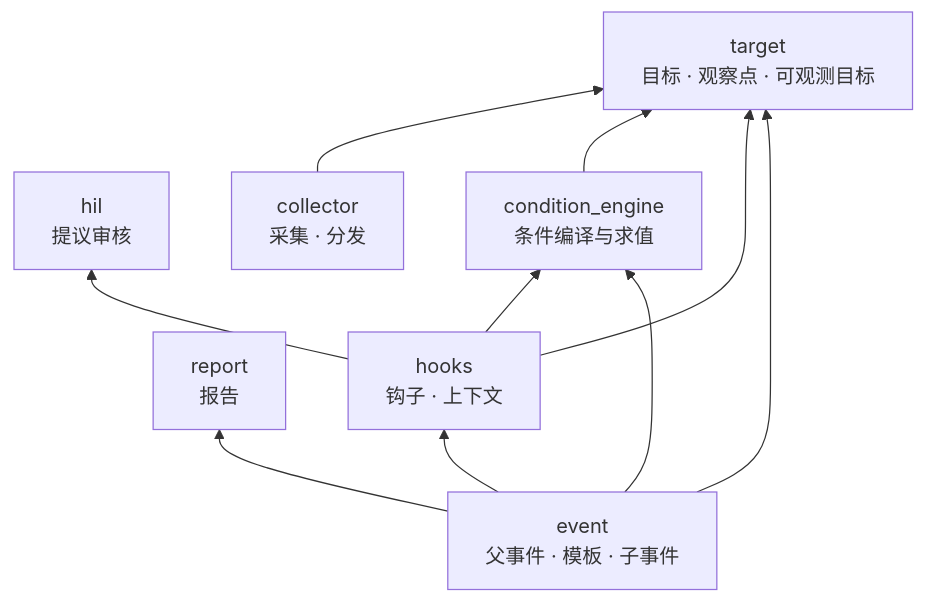
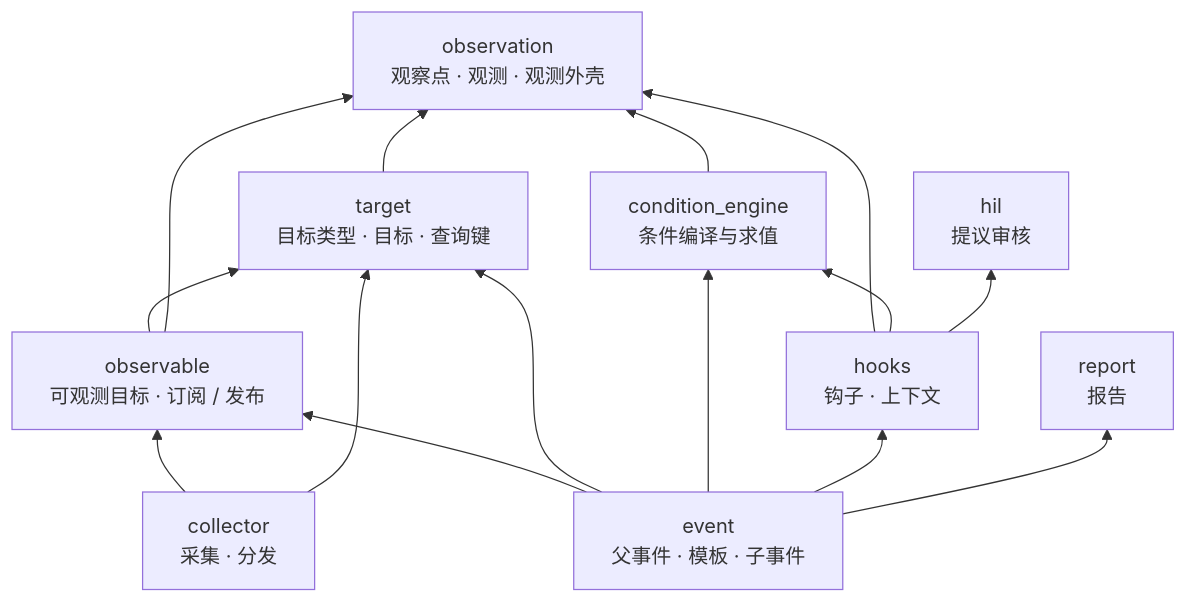
One commit to Jeromexsu/Orion changed the first of 5 diagrams in README.md. Above: the diagram before and after it, drawn with Mermaid. The commit also changed other lines of this file and 61 other files, not shown here.

First line of the commit message:
refactor: split target into observation, target and observable modules

````diff
--- a/README.md
+++ b/README.md
@@ -58,20 +58,27 @@
 ```mermaid
 graph BT
-  target["target<br/>目标 · 观察点 · 可观测目标"]
+  observation["observation<br/>观察点 · 观测 · 观测外壳"]
+  target["target<br/>目标类型 · 目标 · 查询键"]
+  observable["observable<br/>可观测目标 · 订阅 / 发布"]
   hil["hil<br/>提议审核"]
   report["report<br/>报告"]
   collector["collector<br/>采集 · 分发"]
   condition["condition_engine<br/>条件编译与求值"]
   hooks["hooks<br/>钩子 · 上下文"]
   event["event<br/>父事件 · 模板 · 子事件"]
 
+  target --> observation
+  observable --> target
+  observable --> observation
+  collector --> observable
   collector --> target
-  condition --> target
-  hooks --> target
+  condition --> observation
+  hooks --> observation
   hooks --> condition
   hooks --> hil
+  event --> observable
   event --> target
   event --> condition
   event --> hooks
   event --> report
 ```
````
